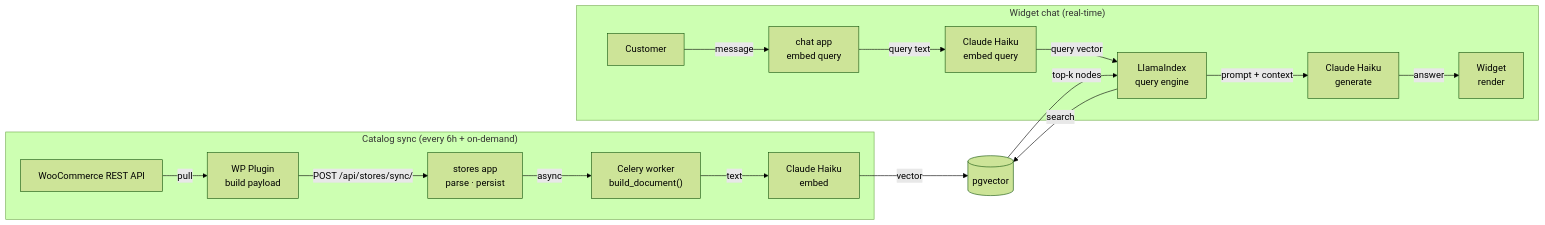
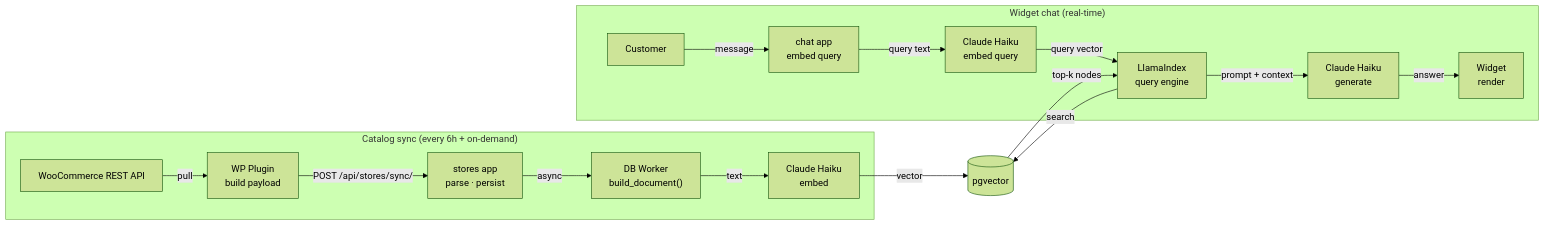
One commit to aji-pratama/woocs changed the fifth of 5 diagrams in .docs/PRD_v0.md. Above: the diagram before and after it, drawn with Mermaid (forest theme). The commit also changed other lines of this file and 1 other file, not shown here.

Commit message:
docs: update architecture documentation to reflect removal of Redis, migration to Django Tasks, and new directory structure

````diff
--- a/.docs/PRD_v0.md
+++ b/.docs/PRD_v0.md
@@ -1423,35 +1421,35 @@
 ```mermaid
 flowchart LR
   subgraph SyncPath["Catalog sync (every 6h + on-demand)"]
     WC["WooCommerce REST API"]
     Plugin["WP Plugin\nbuild payload"]
     StoresApp["stores app\nparse · persist"]
-    Celery["Celery worker\nbuild_document()"]
+    Worker["DB Worker\nbuild_document()"]
     HaikuEmbed["Claude Haiku\nembed"]
   end
 
   subgraph ChatPath["Widget chat (real-time)"]
     Customer["Customer"]
     ChatApp["chat app\nembed query"]
     HaikuQ["Claude Haiku\nembed query"]
     Llama["LlamaIndex\nquery engine"]
     HaikuGen["Claude Haiku\ngenerate"]
     WidgetOut["Widget\nrender"]
   end
 
   PG[("pgvector")]
 
   WC -->|pull| Plugin
   Plugin -->|POST /api/stores/sync/| StoresApp
-  StoresApp -->|async| Celery
-  Celery -->|text| HaikuEmbed
+  StoresApp -->|async| Worker
+  Worker -->|text| HaikuEmbed
   HaikuEmbed -->|vector| PG
 
   Customer -->|message| ChatApp
   ChatApp -->|query text| HaikuQ
   HaikuQ -->|query vector| Llama
   Llama -->|search| PG
   PG -->|top-k nodes| Llama
   Llama -->|prompt + context| HaikuGen
   HaikuGen -->|answer| WidgetOut
 ```
````
